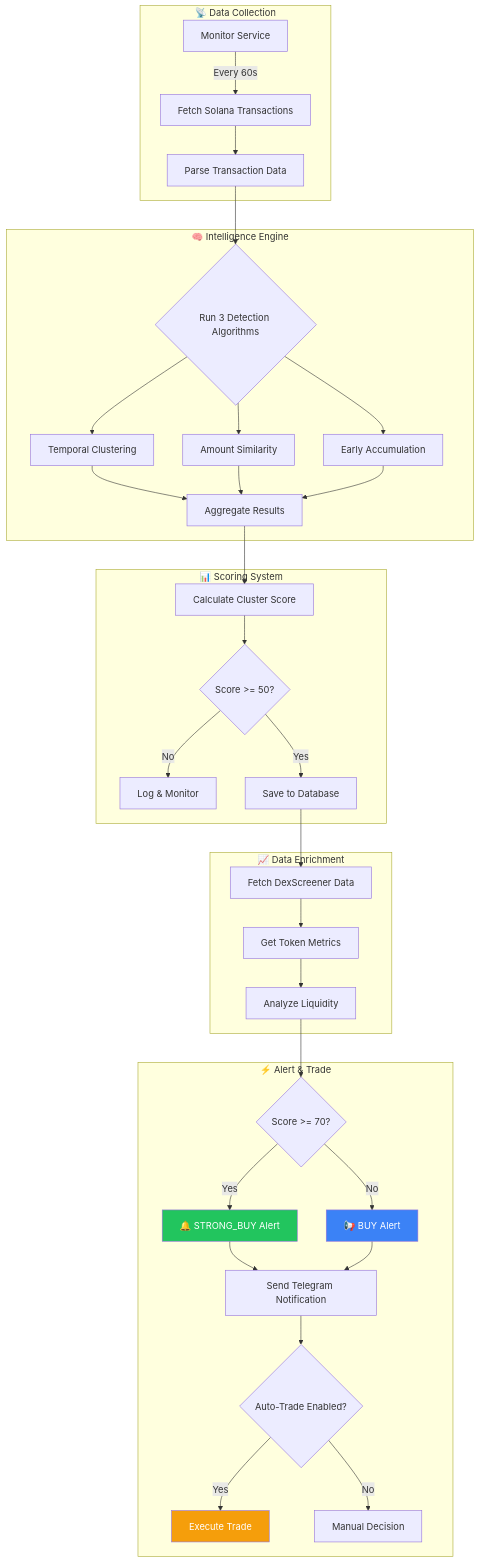
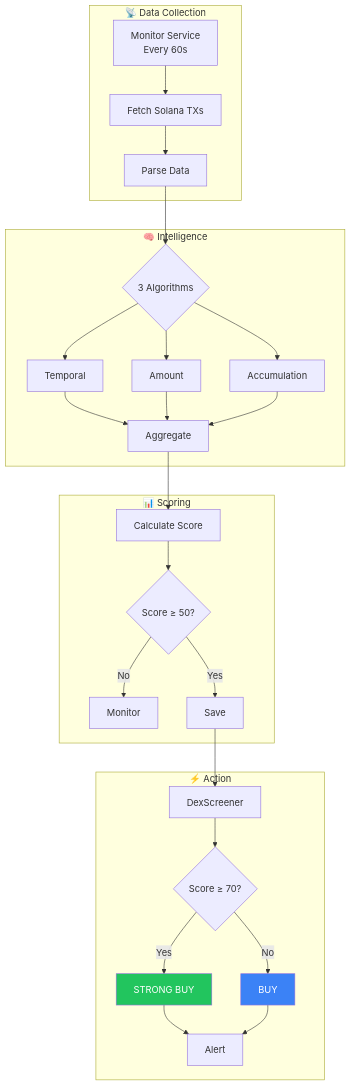
One commit to blablablasealsaresoft/pumpfun-intelligence changed the second of 15 diagrams in README.md. Above: the diagram before and after it, drawn with Mermaid. The commit also changed other lines of this file, not shown here.

````diff
--- a/README.md
+++ b/README.md
@@ -69,45 +89,36 @@
 ```mermaid
 flowchart TD
-    subgraph Input["📡 Data Collection"]
-        A[Monitor Service] -->|Every 60s| B[Fetch Solana Transactions]
-        B --> C[Parse Transaction Data]
+    subgraph Collection["📡 Data Collection"]
+        A[Monitor Service<br/>Every 60s] --> B[Fetch Solana TXs]
+        B --> C[Parse Data]
     end
 
-    subgraph Detection["🧠 Intelligence Engine"]
-        C --> D{Run 3 Detection Algorithms}
-        D --> E[Temporal Clustering]
-        D --> F[Amount Similarity]
-        D --> G[Early Accumulation]
-        E --> H[Aggregate Results]
+    subgraph Detection["🧠 Intelligence"]
+        C --> D{3 Algorithms}
+        D --> E[Temporal]
+        D --> F[Amount]
+        D --> G[Accumulation]
+        E --> H[Aggregate]
         F --> H
         G --> H
     end
 
-    subgraph Scoring["📊 Scoring System"]
-        H --> I[Calculate Cluster Score]
-        I --> J{Score >= 50?}
-        J -->|No| K[Log & Monitor]
-        J -->|Yes| L[Save to Database]
+    subgraph Scoring["📊 Scoring"]
+        H --> I[Calculate Score]
+        I --> J{Score ≥ 50?}
+        J -->|No| K[Monitor]
+        J -->|Yes| L[Save]
     end
 
-    subgraph Enrichment["📈 Data Enrichment"]
-        L --> M[Fetch DexScreener Data]
-        M --> N[Get Token Metrics]
-        N --> O[Analyze Liquidity]
+    subgraph Action["⚡ Action"]
+        L --> M[DexScreener]
+        M --> N{Score ≥ 70?}
+        N -->|Yes| O[STRONG BUY]
+        N -->|No| P[BUY]
+        O --> Q[Alert]
+        P --> Q
     end
 
-    subgraph Action["⚡ Alert & Trade"]
-        O --> P{Score >= 70?}
-        P -->|Yes| Q[🔔 STRONG_BUY Alert]
-        P -->|No| R[📢 BUY Alert]
-        Q --> S[Send Telegram Notification]
-        R --> S
-        S --> T{Auto-Trade Enabled?}
-        T -->|Yes| U[Execute Trade]
-        T -->|No| V[Manual Decision]
-    end
-
-    style Q fill:#22c55e,color:#fff
-    style R fill:#3b82f6,color:#fff
-    style U fill:#f59e0b,color:#fff
+    style O fill:#22c55e,color:#fff
+    style P fill:#3b82f6,color:#fff
 ```
````
